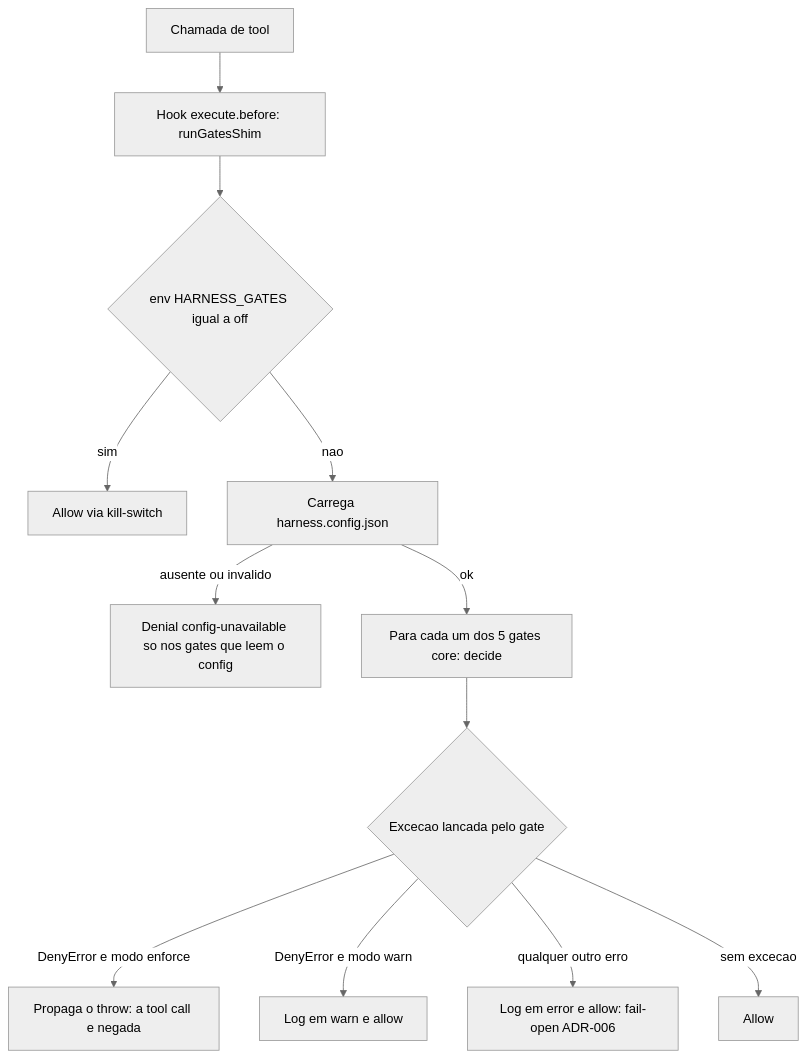
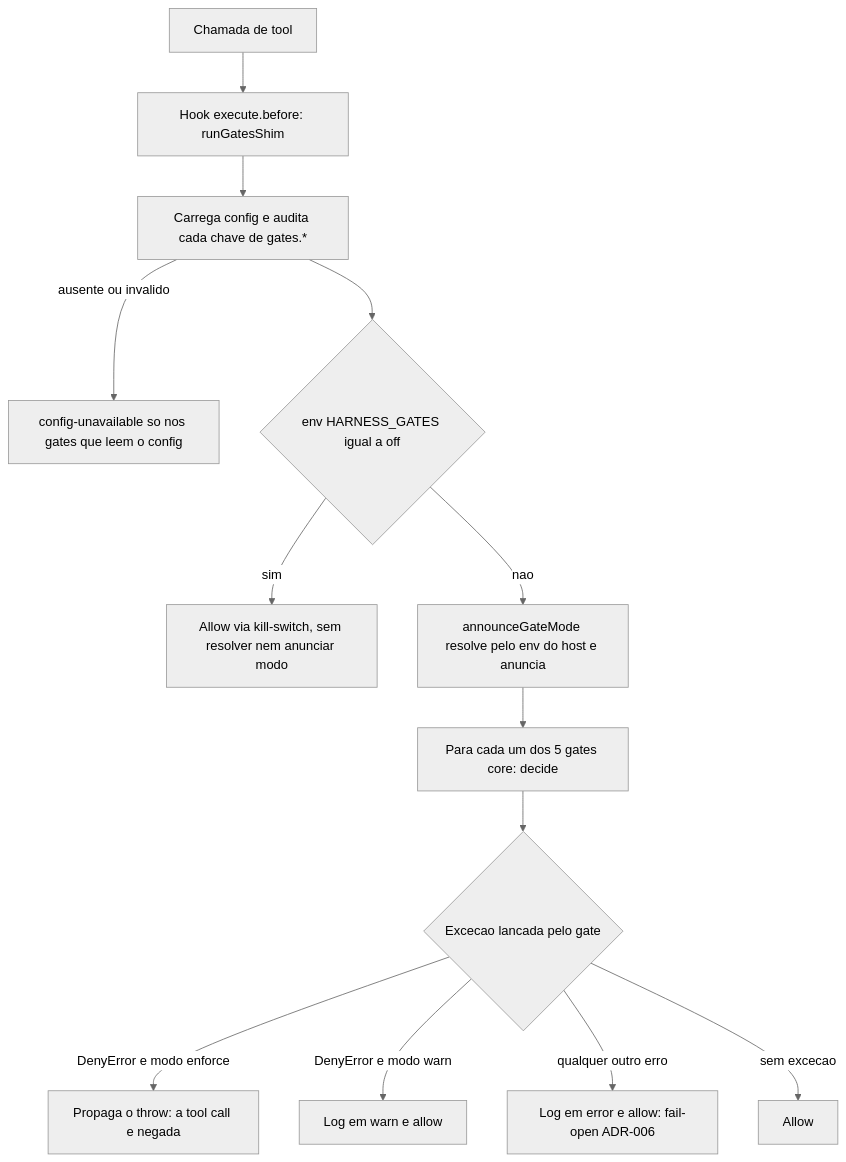
Before and after one commit to freitasjh/harness: the second of 7 diagrams in docs/FUNCIONAMENTO.md, drawn with Mermaid (neutral theme). The commit also changed other lines of this file and 7 other files, not shown here.

First line of the commit message:
docs(gate): prosa de contrato e doc alinhados ao codigo (MODO-07/08/09/10)

````diff
--- a/docs/FUNCIONAMENTO.md
+++ b/docs/FUNCIONAMENTO.md
@@ -188,14 +188,15 @@
 ```mermaid
 flowchart TD
     TC[Chamada de tool] --> HK[Hook execute.before: runGatesShim]
-    HK --> KS{env HARNESS_GATES igual a off}
-    KS -->|sim| ALW[Allow via kill-switch]
-    KS -->|nao| CFG[Carrega harness.config.json]
-    CFG -->|ausente ou invalido| D0[Denial config-unavailable so nos gates que leem o config]
-    CFG -->|ok| LP[Para cada um dos 5 gates core: decide]
+    HK --> CFG[Carrega config e audita cada chave de gates.*]
+    CFG -->|ausente ou invalido| D0[config-unavailable so nos gates que leem o config]
+    CFG --> KS{env HARNESS_GATES igual a off}
+    KS -->|sim| ALW[Allow via kill-switch, sem resolver nem anunciar modo]
+    KS -->|nao| MOD[announceGateMode resolve pelo env do host e anuncia]
+    MOD --> LP[Para cada um dos 5 gates core: decide]
     LP --> EX{Excecao lancada pelo gate}
     EX -->|DenyError e modo enforce| DENY[Propaga o throw: a tool call e negada]
     EX -->|DenyError e modo warn| WARN[Log em warn e allow]
     EX -->|qualquer outro erro| FO[Log em error e allow: fail-open ADR-006]
     EX -->|sem excecao| ALLOW[Allow]
 ```
````
